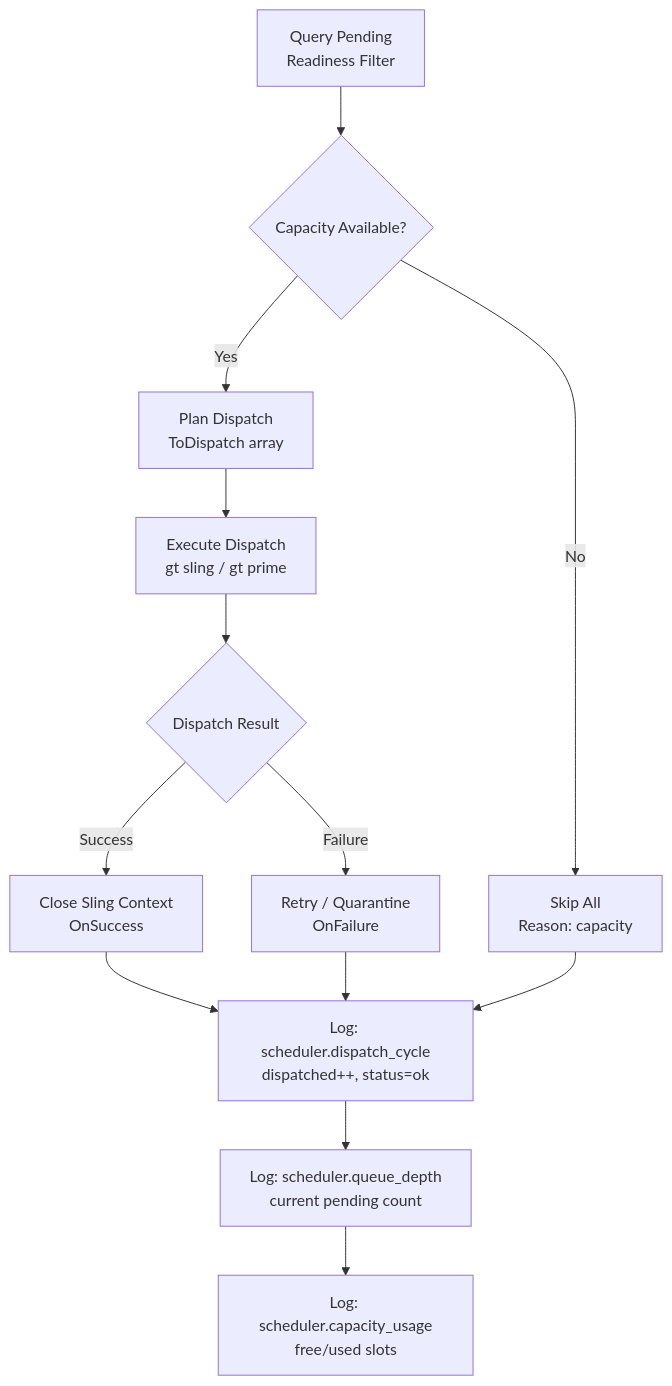
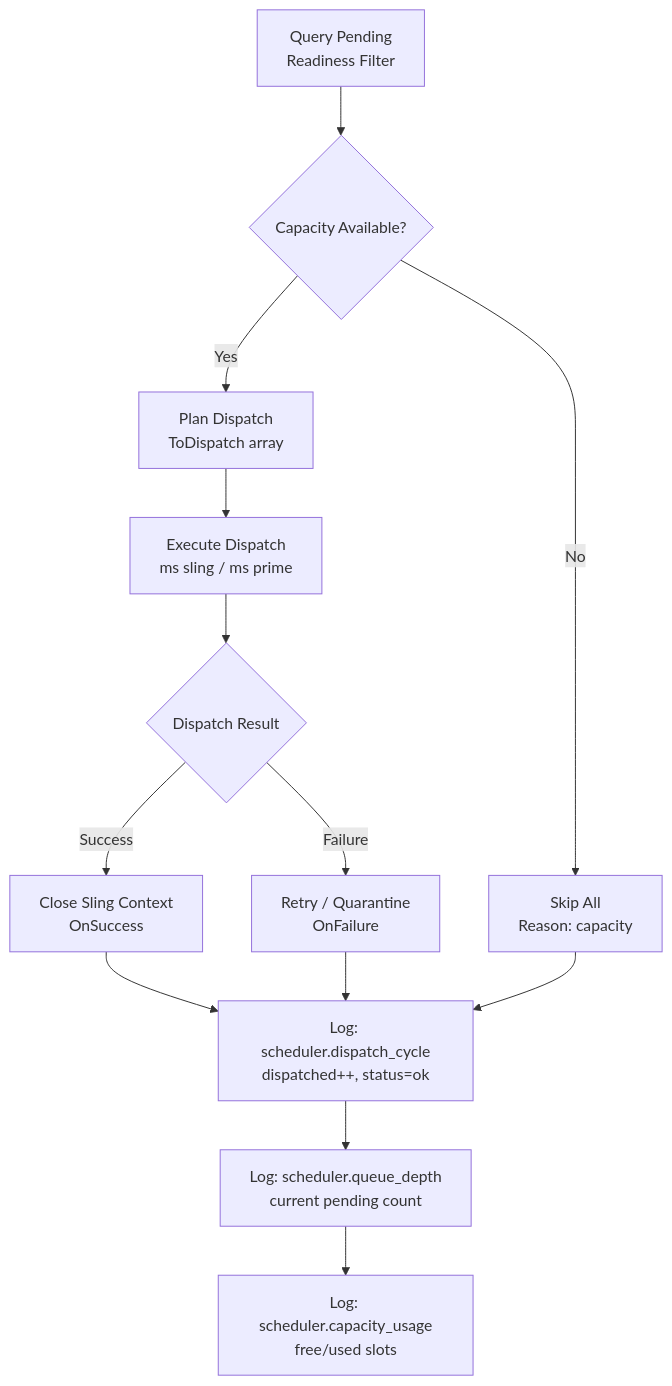
Before and after one commit to Braoden/Mineshaft: the diagram in docs/design/otel/otel-architecture.md, drawn with Mermaid. The commit also changed other lines of this file and 1050 other files, not shown here.

````diff
--- a/docs/design/otel/otel-architecture.md
+++ b/docs/design/otel/otel-architecture.md
@@ -182,15 +182,15 @@
 ```mermaid
 flowchart TD
     A[Query Pending<br/>Readiness Filter] --> B{Capacity Available?}
     B -->|Yes| C[Plan Dispatch<br/>ToDispatch array]
     B -->|No| D[Skip All<br/>Reason: capacity]
-    C --> E[Execute Dispatch<br/>gt sling / gt prime]
+    C --> E[Execute Dispatch<br/>ms sling / ms prime]
     E --> F{Dispatch Result}
     F -->|Success| G[Close Sling Context<br/>OnSuccess]
     F -->|Failure| H[Retry / Quarantine<br/>OnFailure]
     G --> I[Log: scheduler.dispatch_cycle<br/>dispatched++, status=ok]
     H --> I
     D --> I
     I --> J[Log: scheduler.queue_depth<br/>current pending count]
     J --> K[Log: scheduler.capacity_usage<br/>free/used slots]
 ```
````
